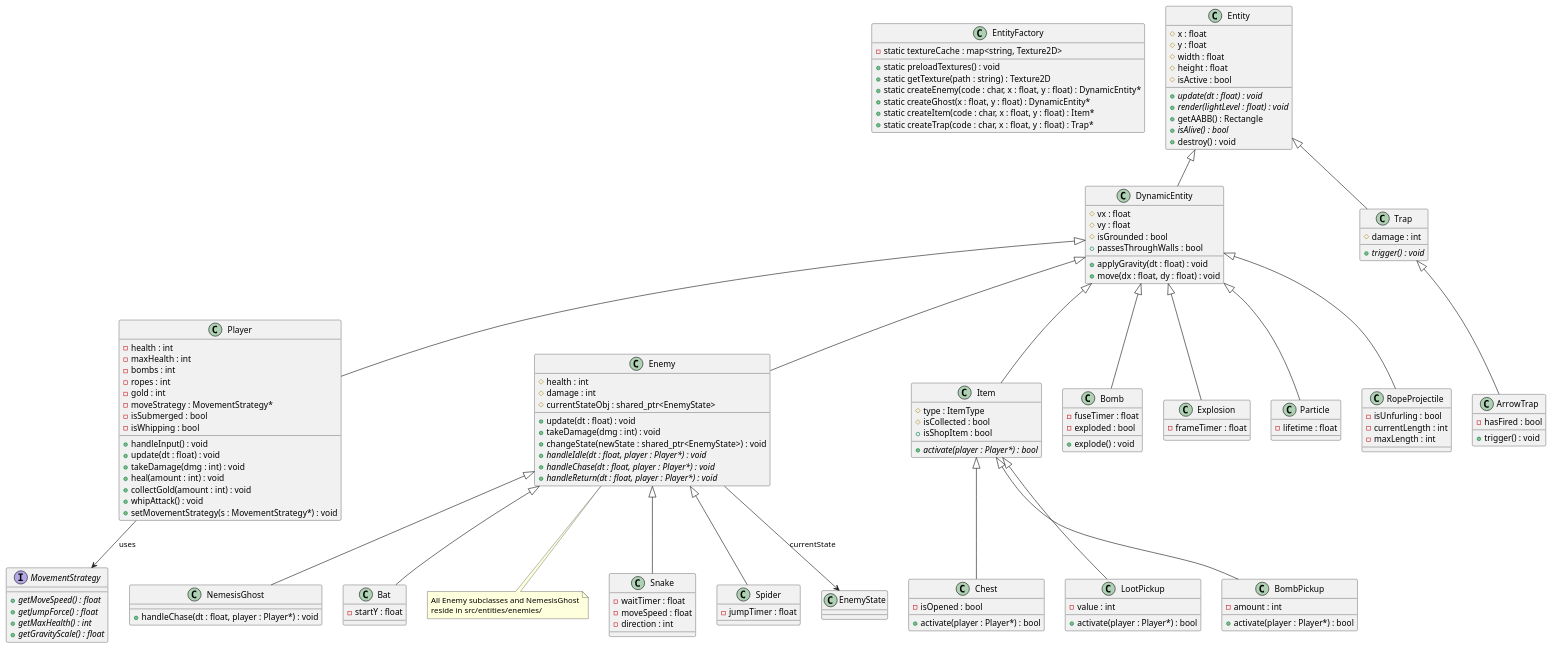
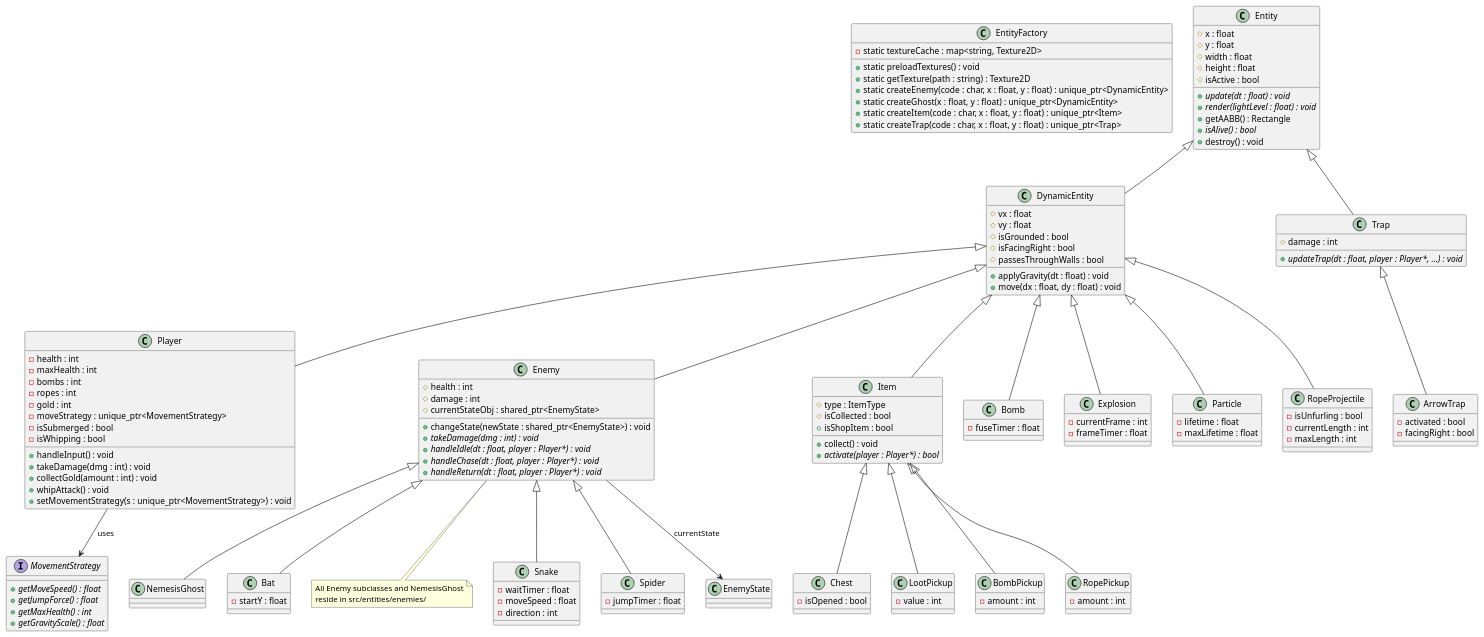
One commit to Gasmask-Chan/CS202-Cavern-Descent changed the diagram in class-diagram/entity.puml. Above: the diagram before and after it, drawn with PlantUML. The commit also changed 1 other file, not shown here.

```diff
--- a/class-diagram/entity.puml
+++ b/class-diagram/entity.puml
@@ -1,163 +1,164 @@
 @startuml
 class EntityFactory {
     -static textureCache : map<string, Texture2D>
     +static preloadTextures() : void
     +static getTexture(path : string) : Texture2D
-    +static createEnemy(code : char, x : float, y : float) : DynamicEntity*
-    +static createGhost(x : float, y : float) : DynamicEntity*
-    +static createItem(code : char, x : float, y : float) : Item*
-    +static createTrap(code : char, x : float, y : float) : Trap*
+    +static createEnemy(code : char, x : float, y : float) : unique_ptr<DynamicEntity>
+    +static createGhost(x : float, y : float) : unique_ptr<DynamicEntity>
+    +static createItem(code : char, x : float, y : float) : unique_ptr<Item>
+    +static createTrap(code : char, x : float, y : float) : unique_ptr<Trap>
 }
 
 class Entity {
     #x : float
     #y : float
     #width : float
     #height : float
     #isActive : bool
     +{abstract} update(dt : float) : void
     +{abstract} render(lightLevel : float) : void
     +getAABB() : Rectangle
     +{abstract} isAlive() : bool
     +destroy() : void
 }
 
 class DynamicEntity {
     #vx : float
     #vy : float
     #isGrounded : bool
-    +passesThroughWalls : bool
+    # isFacingRight : bool
+    #passesThroughWalls : bool
     +applyGravity(dt : float) : void
     +move(dx : float, dy : float) : void
 }
 
 class Player {
     -health : int
     -maxHealth : int
     -bombs : int
     -ropes : int
     -gold : int
-    -moveStrategy : MovementStrategy*
+    -moveStrategy : unique_ptr<MovementStrategy>
     -isSubmerged : bool
     -isWhipping : bool
     +handleInput() : void
-    +update(dt : float) : void
     +takeDamage(dmg : int) : void
-    +heal(amount : int) : void
     +collectGold(amount : int) : void
     +whipAttack() : void
-    +setMovementStrategy(s : MovementStrategy*) : void
+    +setMovementStrategy(s : unique_ptr<MovementStrategy>) : void
 }
 
 interface MovementStrategy {
     +{abstract} getMoveSpeed() : float
     +{abstract} getJumpForce() : float
     +{abstract} getMaxHealth() : int
     +{abstract} getGravityScale() : float
 }
 
 class Enemy {
     #health : int
     #damage : int
     #currentStateObj : shared_ptr<EnemyState>
-    +update(dt : float) : void
-    +takeDamage(dmg : int) : void
     +changeState(newState : shared_ptr<EnemyState>) : void
+    +{abstract} takeDamage(dmg : int) : void
     +{abstract} handleIdle(dt : float, player : Player*) : void
     +{abstract} handleChase(dt : float, player : Player*) : void
     +{abstract} handleReturn(dt : float, player : Player*) : void
 }
 
 class NemesisGhost {
-    +handleChase(dt : float, player : Player*) : void
+
 }
 
 class Item {
     #type : ItemType
     #isCollected : bool
     +isShopItem : bool
+    +collect() : void
     +{abstract} activate(player : Player*) : bool
 }
 
 class Chest {
     -isOpened : bool
-    +activate(player : Player*) : bool
 }
 
 class LootPickup {
     -value : int
-    +activate(player : Player*) : bool
 }
 
 class BombPickup {
     -amount : int
-    +activate(player : Player*) : bool
+}
+
+class RopePickup {
+    -amount : int
 }
 
 class Trap {
     #damage : int
-    +{abstract} trigger() : void
+    +{abstract} updateTrap(dt : float, player : Player*, ...) : void
 }
 
 class ArrowTrap {
-    -hasFired : bool
-    +trigger() : void
+    -activated : bool
+    -facingRight : bool
 }
 
 class Bomb {
     -fuseTimer : float
-    -exploded : bool
-    +explode() : void
 }
 
 class Explosion {
+    -currentFrame : int
     -frameTimer : float
 }
 
 class Bat {
     -startY : float
 }
 
 note bottom of Enemy : All Enemy subclasses and NemesisGhost\nreside in src/entities/enemies/
 
 class Snake {
     -waitTimer : float
     -moveSpeed : float
     -direction : int
 }
 
 class Spider {
     -jumpTimer : float
 }
 
 class Particle {
     -lifetime : float
+    -maxLifetime : float
 }
 
 class RopeProjectile {
     -isUnfurling : bool
     -currentLength : int
     -maxLength : int
 }
 
 Entity <|-- DynamicEntity
 Entity <|-- Trap
 DynamicEntity <|-- Item
 Item <|-- Chest
 Item <|-- LootPickup
 Item <|-- BombPickup
+Item <|-- RopePickup
 Trap <|-- ArrowTrap
 DynamicEntity <|-- Player
 DynamicEntity <|-- Enemy
 DynamicEntity <|-- Bomb
 DynamicEntity <|-- Explosion
 DynamicEntity <|-- Particle
 DynamicEntity <|-- RopeProjectile
 Enemy <|-- Bat
 Enemy <|-- Snake
 Enemy <|-- Spider
 Enemy <|-- NemesisGhost
 Player --> MovementStrategy : uses
 
 Enemy --> EnemyState : currentState
 @enduml
```
